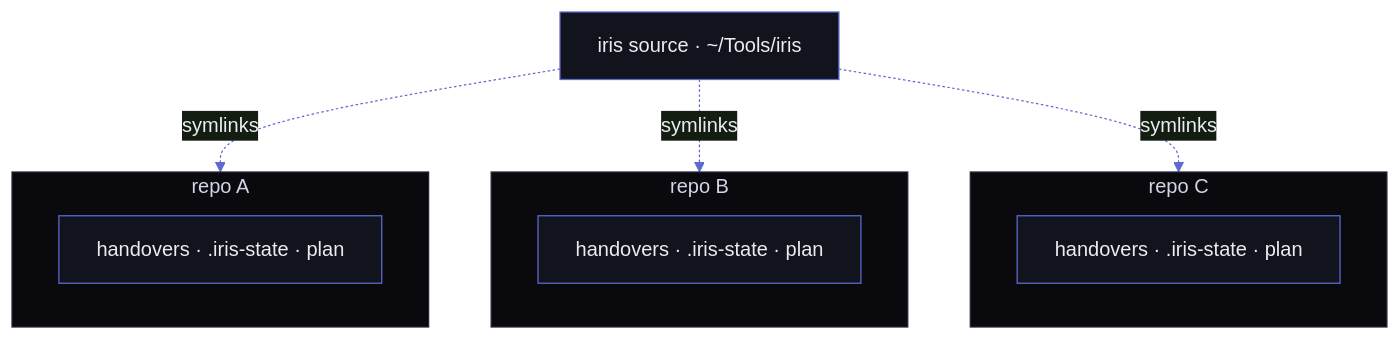
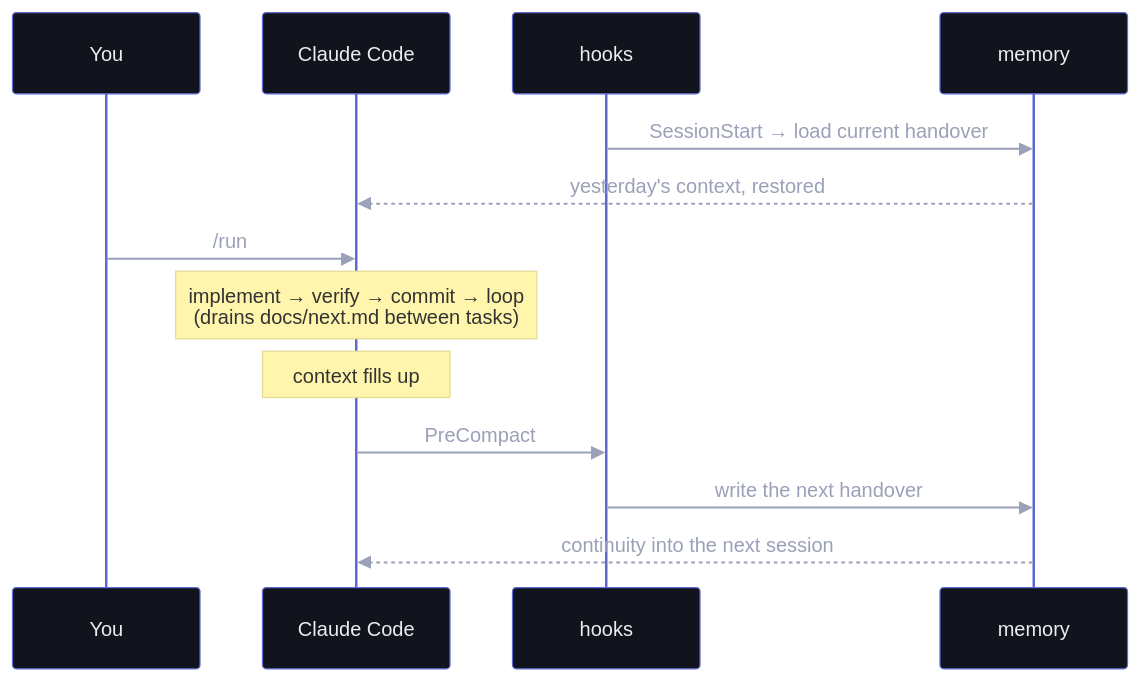
One commit to sohams25/iris changed the second of 2 diagrams in README.md. Above: the diagram before and after it, drawn with Mermaid. The commit also changed other lines of this file and 19 other files, not shown here.

First line of the commit message:
feat: plan-ahead queue + self-routing /run, marketing revamp

````diff
--- a/README.md
+++ b/README.md
@@ -92,17 +52,16 @@
 ```mermaid
-%%{init: {'theme':'base','themeVariables':{'background':'#050506','primaryColor':'#11131d','primaryTextColor':'#ECEDF1','primaryBorderColor':'#5E6AD2','lineColor':'#5E6AD2','textColor':'#9aa1b8','fontFamily':'ui-monospace, monospace','clusterBkg':'#0a0a0e','clusterBorder':'#23253a'}}}%%
-flowchart TD
-    src["iris source · ~/Tools/iris"]
-    src -. symlinks .-> A
-    src -. symlinks .-> B
-    src -. symlinks .-> C
-    subgraph A["repo A"]
-        a["handovers · .iris-state · plan"]
-    end
-    subgraph B["repo B"]
-        b["handovers · .iris-state · plan"]
-    end
-    subgraph C["repo C"]
-        c["handovers · .iris-state · plan"]
-    end
+%%{init: {'theme':'base','themeVariables':{'background':'#050506','primaryColor':'#11131d','primaryTextColor':'#ECEDF1','primaryBorderColor':'#5E6AD2','lineColor':'#5E6AD2','textColor':'#9aa1b8','fontFamily':'ui-monospace, monospace'}}}%%
+sequenceDiagram
+    participant U as You
+    participant CC as Claude Code
+    participant H as hooks
+    participant M as memory
+    H->>M: SessionStart → load current handover
+    M-->>CC: yesterday's context, restored
+    U->>CC: /run
+    Note over CC: implement → verify → commit → loop<br/>(drains docs/next.md between tasks)
+    Note over CC: context fills up
+    CC->>H: PreCompact
+    H->>M: write the next handover
+    M-->>CC: continuity into the next session
 ```
````
